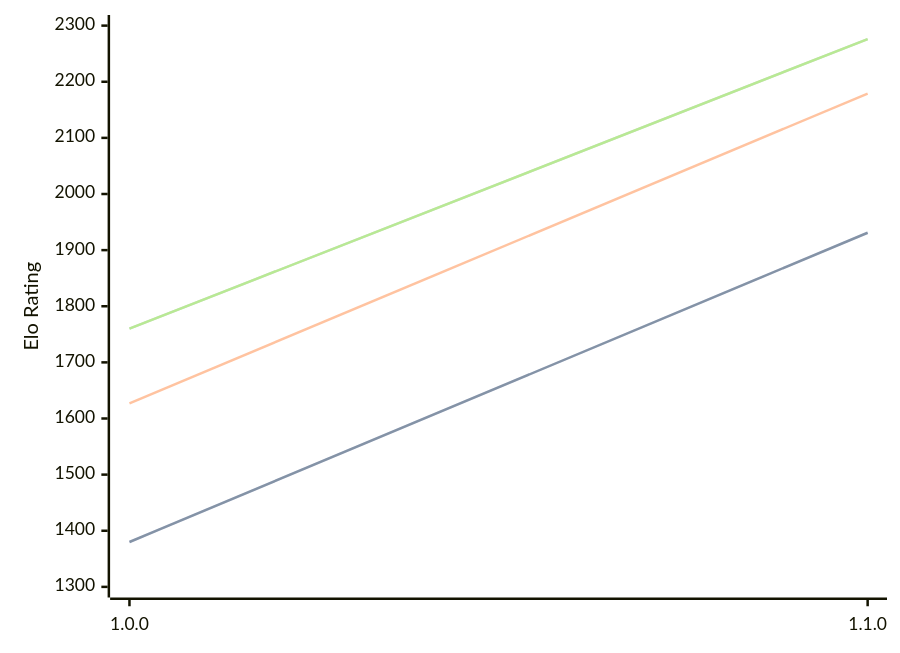
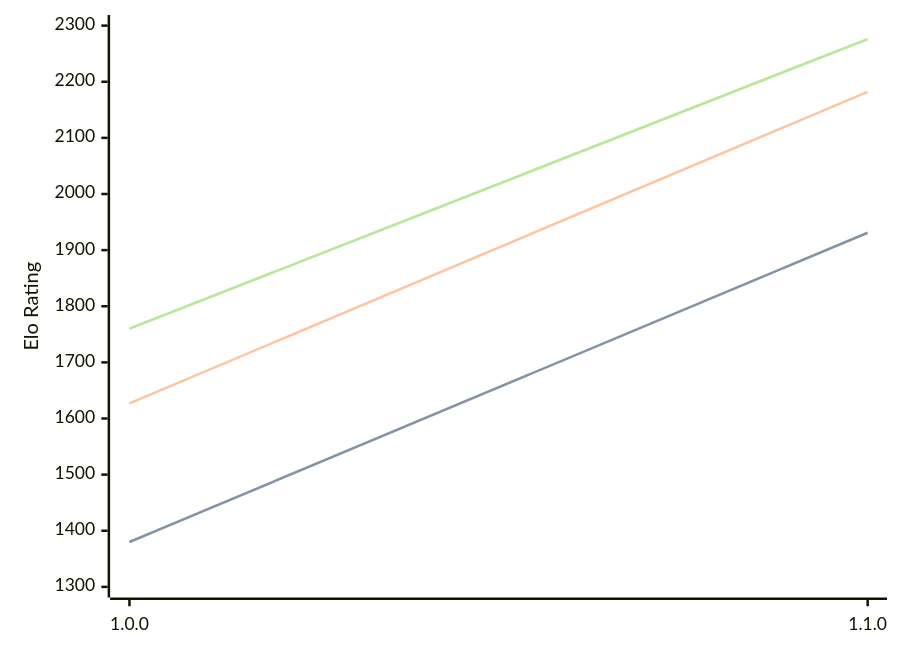
The third of 3 diagrams in engines/Akerbeltz.md (computer-chess-index/cci), drawn with Mermaid before and after one commit. The commit also changed other lines of this file, not shown here.

````diff
--- a/engines/Akerbeltz.md
+++ b/engines/Akerbeltz.md
@@ -65,11 +65,11 @@
 ```mermaid
 %%{init: {"theme":"base","themeVariables":{"seriesColors:['#a3a3a3','#222221','#faa371']}}}%%
 xychart-beta
   x-axis ["1.0.0", "1.1.0"]
   y-axis "Elo Rating" 1300 --> 2300
   line "STC (8.0+0.08s)" [1380, 1931]
   line "STC (8.0+0.08s)" [1380, 1931]
-  line "LTC (60.0+0.60s)" [1627, 2179]
+  line "LTC (60.0+0.60s)" [1627, 2182]
   line "VLTC (2m24s+1.12s)" [1760, 2276]
   line "VLTC (2m24s+1.12s)" [1760, 2276]
 ```
````
